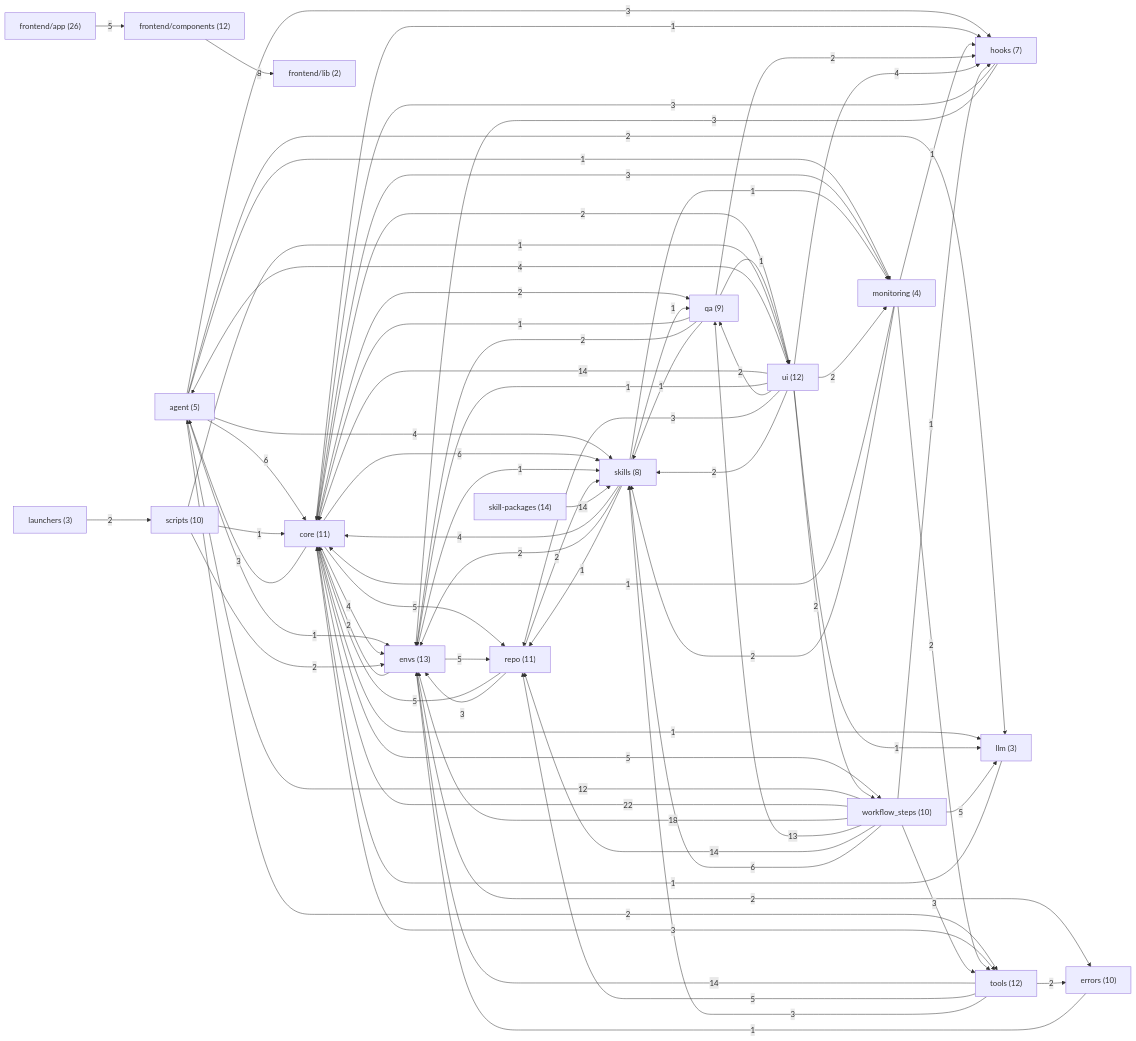
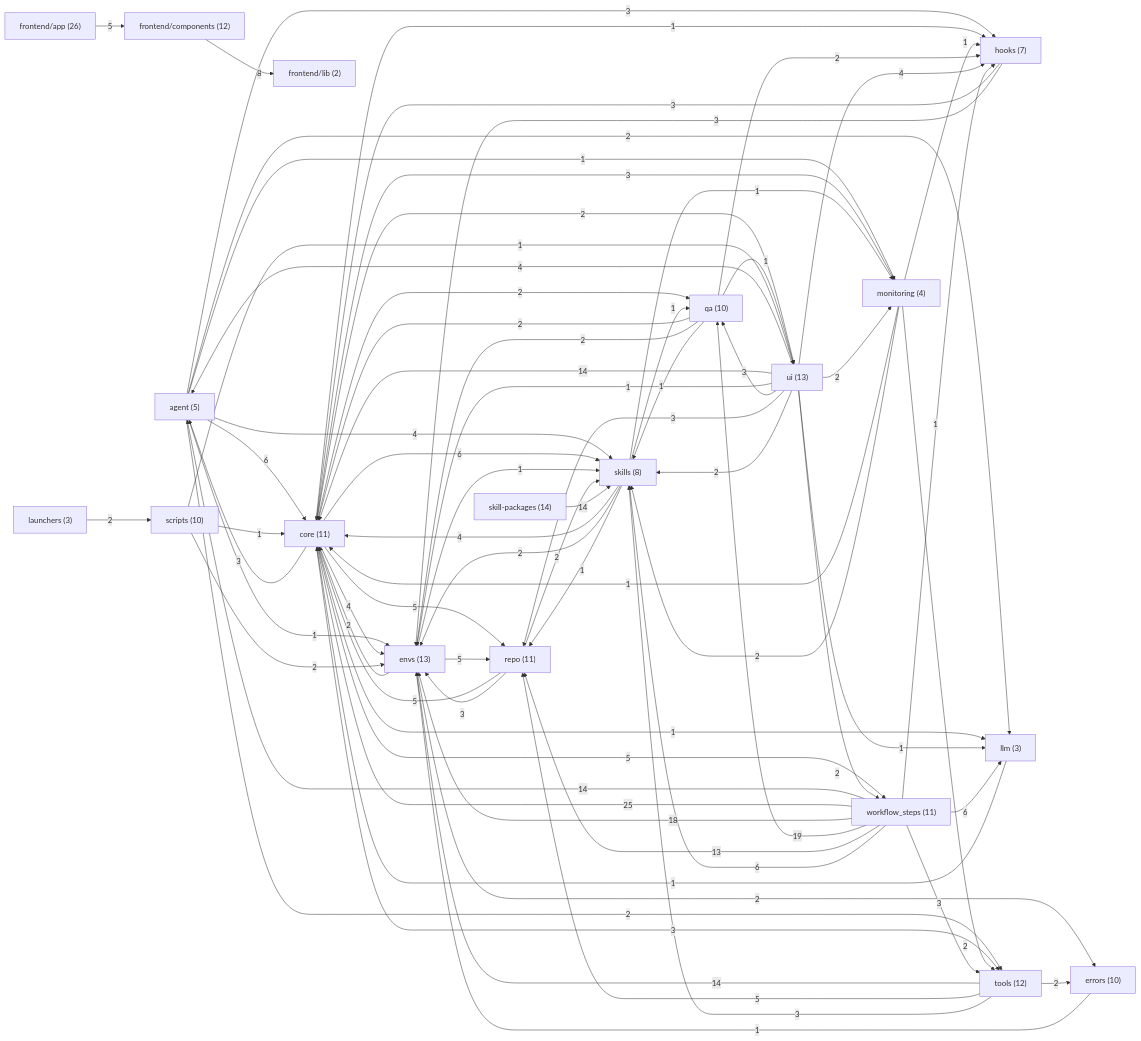
The second of 21 diagrams in docs/ARCHITECTURE_MAP.md (sarveshtalele/maf-harness-testing), drawn with Mermaid before and after one commit. The commit also changed other lines of this file and 6 other files, not shown here.

````diff
--- a/docs/ARCHITECTURE_MAP.md
+++ b/docs/ARCHITECTURE_MAP.md
@@ -70,14 +70,14 @@
   g8["launchers (3)"]
   g9["llm (3)"]
   g10["monitoring (4)"]
-  g11["qa (9)"]
+  g11["qa (10)"]
   g12["repo (11)"]
   g13["scripts (10)"]
   g14["skill-packages (14)"]
   g15["skills (8)"]
   g16["tools (12)"]
-  g17["ui (12)"]
-  g18["workflow_steps (10)"]
+  g17["ui (13)"]
+  g18["workflow_steps (11)"]
   g0 -->|6| g1
   g0 -->|1| g2
   g0 -->|3| g7
@@ -111,7 +111,7 @@
   g10 -->|1| g7
   g10 -->|2| g15
   g10 -->|2| g16
-  g11 -->|1| g1
+  g11 -->|2| g1
   g11 -->|2| g2
   g11 -->|2| g7
   g11 -->|1| g15
@@ -138,17 +138,17 @@
   g17 -->|4| g7
   g17 -->|1| g9
   g17 -->|2| g10
-  g17 -->|2| g11
+  g17 -->|3| g11
   g17 -->|3| g12
   g17 -->|2| g15
   g17 -->|2| g18
-  g18 -->|12| g0
-  g18 -->|22| g1
+  g18 -->|14| g0
+  g18 -->|25| g1
   g18 -->|18| g2
   g18 -->|1| g7
-  g18 -->|5| g9
-  g18 -->|13| g11
-  g18 -->|14| g12
+  g18 -->|6| g9
+  g18 -->|19| g11
+  g18 -->|13| g12
   g18 -->|6| g15
   g18 -->|3| g16
 ```
````
